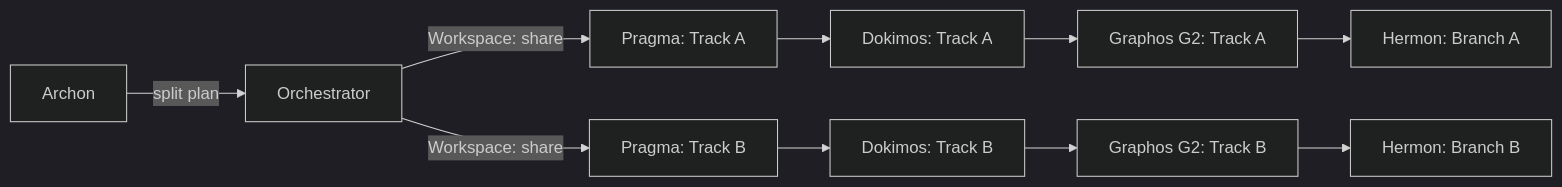
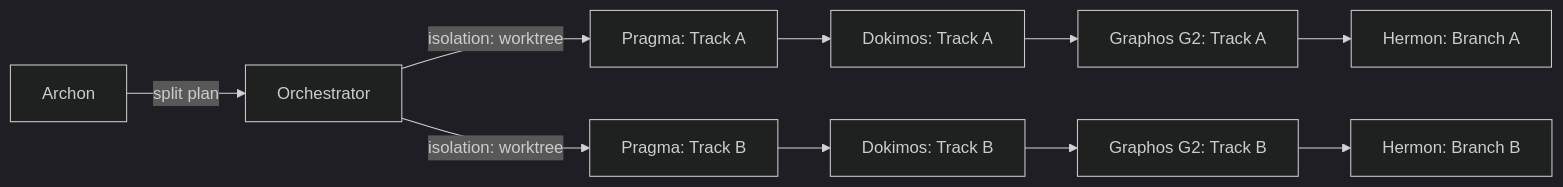
One commit to ancrz/pipeline-agentic changed the second of 2 diagrams in claude/CLAUDE.md. Above: the diagram before and after it, drawn with Mermaid (dark theme). The commit also changed other lines of this file and 26 other files, not shown here.

````diff
--- a/claude/CLAUDE.md
+++ b/claude/CLAUDE.md
@@ -807,12 +826,12 @@
 ```mermaid
 flowchart LR
     A["Archon"] -->|"split plan"| O["Orchestrator"]
-    O -->|"Workspace: share"| P1["Pragma: Track A"]
-    O -->|"Workspace: share"| P2["Pragma: Track B"]
+    O -->|"isolation: worktree"| P1["Pragma: Track A"]
+    O -->|"isolation: worktree"| P2["Pragma: Track B"]
     P1 --> D1["Dokimos: Track A"]
     P2 --> D2["Dokimos: Track B"]
     D1 --> GA1["Graphos G2: Track A"]
     D2 --> GA2["Graphos G2: Track B"]
     GA1 --> H1["Hermon: Branch A"]
     GA2 --> H2["Hermon: Branch B"]
 ```
````
